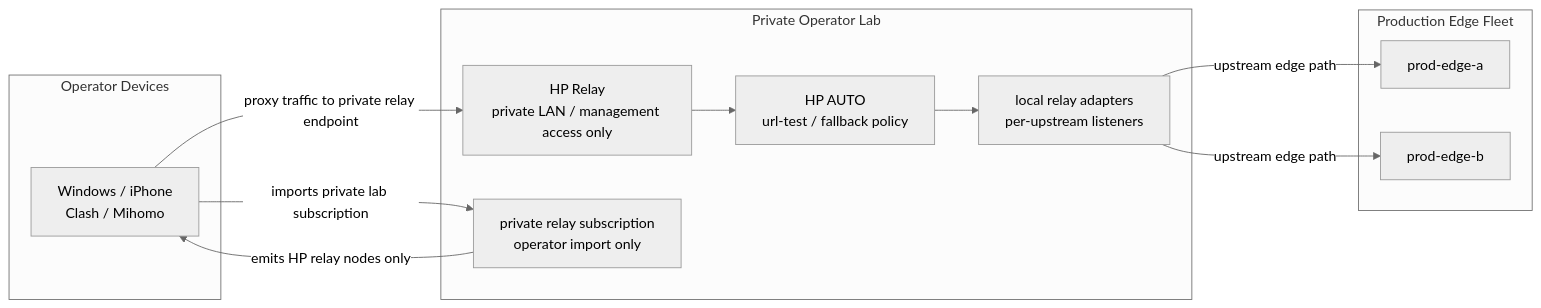
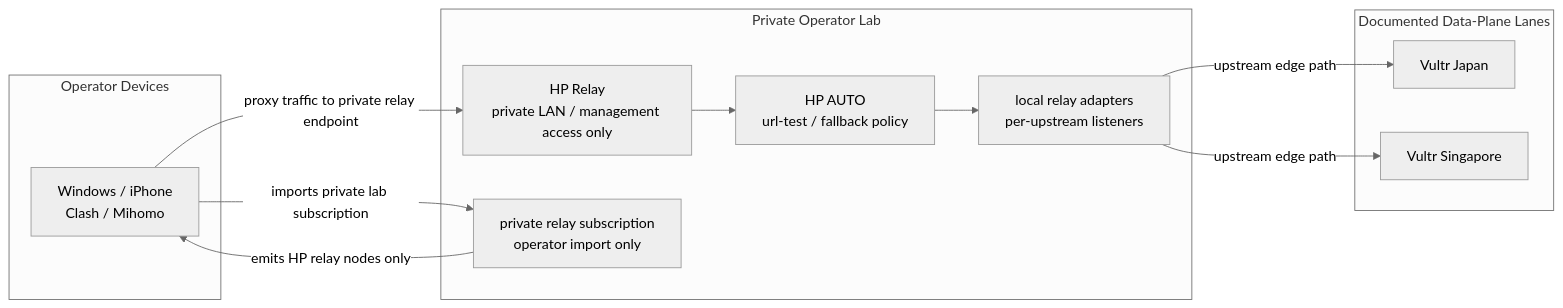
One commit to FlyLink-com/proxy-gateway-minimal changed the fourth of 7 diagrams in docs/PROJECT_TOPOLOGY.md. Above: the diagram before and after it, drawn with Mermaid (neutral theme). The commit also changed other lines of this file and 2 other files, not shown here.

Commit message:
docs: reconcile project topology with Vultr lanes

````diff
--- a/docs/PROJECT_TOPOLOGY.md
+++ b/docs/PROJECT_TOPOLOGY.md
@@ -189,25 +205,25 @@
 ```mermaid
 flowchart LR
   subgraph "Operator Devices"
     W["Windows / iPhone\nClash / Mihomo"]
   end
 
   subgraph "Private Operator Lab"
     HP["HP Relay\nprivate LAN / management access only"]
     Sub["private relay subscription\noperator import only"]
     Auto["HP AUTO\nurl-test / fallback policy"]
     Relays["local relay adapters\nper-upstream listeners"]
   end
 
-  subgraph "Production Edge Fleet"
-    A["prod-edge-a"]
-    B["prod-edge-b"]
+  subgraph "Documented Data-Plane Lanes"
+    A["Vultr Japan"]
+    B["Vultr Singapore"]
   end
 
   W -->|"imports private lab subscription"| Sub
   Sub -->|"emits HP relay nodes only"| W
   W -->|"proxy traffic to private relay endpoint"| HP
   HP --> Auto --> Relays
   Relays -->|"upstream edge path"| A
   Relays -->|"upstream edge path"| B
 ```
````
